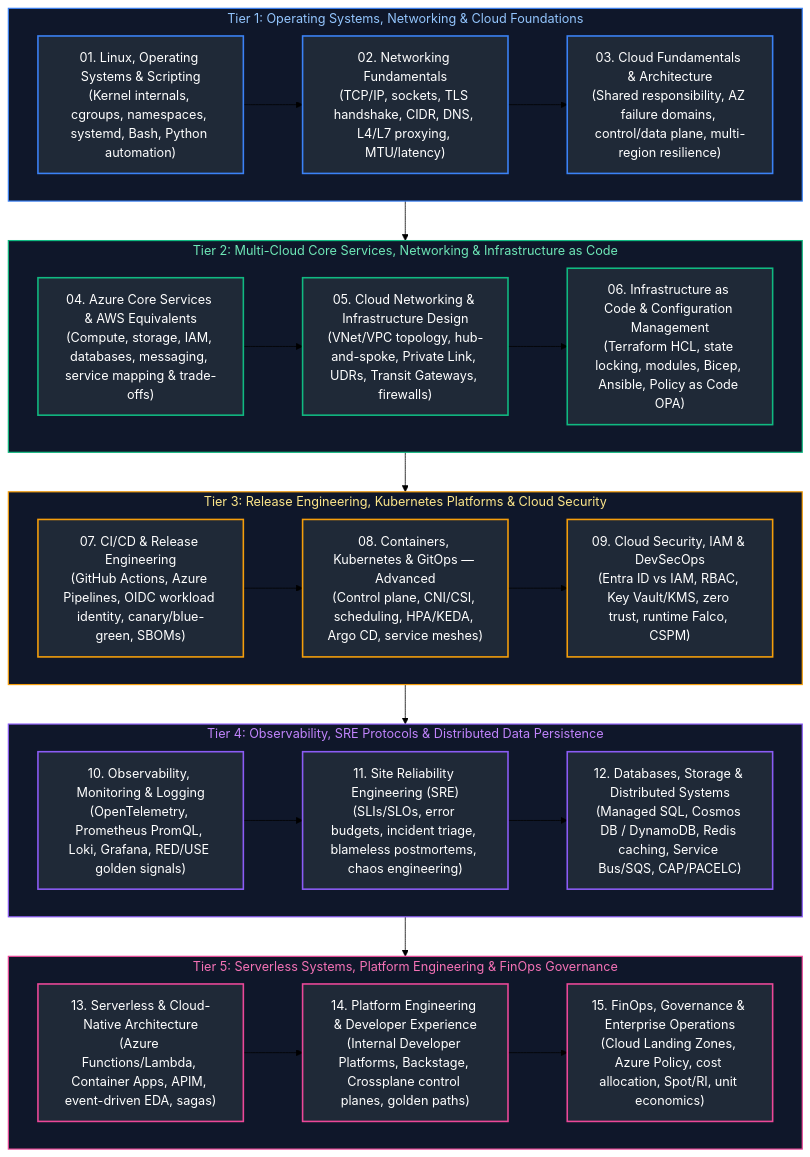
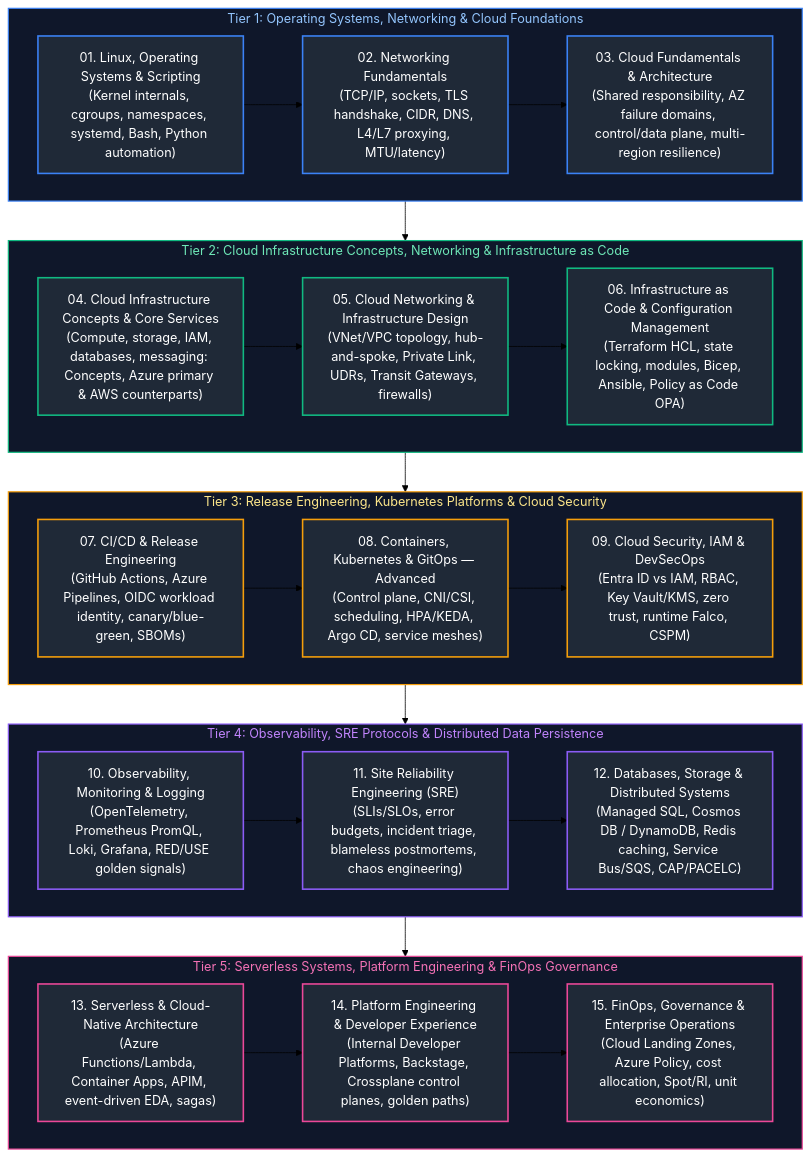
The diagram in Cloud Engineering/00_cloud_study_guide_and_index.md (joydeep-biswas/Interview-Preparation), drawn with Mermaid (forest theme) before and after one commit. The commit also changed other lines of this file and 76 other files, not shown here.

Commit message:
Updated Charts

````diff
--- a/Cloud Engineering/00_cloud_study_guide_and_index.md
+++ b/Cloud Engineering/00_cloud_study_guide_and_index.md
@@ -11,59 +11,59 @@
 ```mermaid
 flowchart TD
     subgraph Tier1 ["Tier 1: Operating Systems, Networking & Cloud Foundations"]
         M1["01. Linux, Operating Systems & Scripting<br/>(Kernel internals, cgroups, namespaces, systemd, Bash, Python automation)"]
         --> M2["02. Networking Fundamentals<br/>(TCP/IP, sockets, TLS handshake, CIDR, DNS, L4/L7 proxying, MTU/latency)"]
         --> M3["03. Cloud Fundamentals & Architecture<br/>(Shared responsibility, AZ failure domains, control/data plane, multi-region resilience)"]
     end
 
-    subgraph Tier2 ["Tier 2: Multi-Cloud Core Services, Networking & Infrastructure as Code"]
-        M4["04. Azure Core Services & AWS Equivalents<br/>(Compute, storage, IAM, databases, messaging, service mapping & trade-offs)"]
+    subgraph Tier2 ["Tier 2: Cloud Infrastructure Concepts, Networking & Infrastructure as Code"]
+        M4["04. Cloud Infrastructure Concepts & Core Services<br/>(Compute, storage, IAM, databases, messaging: Concepts, Azure primary & AWS counterparts)"]
         --> M5["05. Cloud Networking & Infrastructure Design<br/>(VNet/VPC topology, hub-and-spoke, Private Link, UDRs, Transit Gateways, firewalls)"]
         --> M6["06. Infrastructure as Code & Configuration Management<br/>(Terraform HCL, state locking, modules, Bicep, Ansible, Policy as Code OPA)"]
     end
 
     subgraph Tier3 ["Tier 3: Release Engineering, Kubernetes Platforms & Cloud Security"]
         M7["07. CI/CD & Release Engineering<br/>(GitHub Actions, Azure Pipelines, OIDC workload identity, canary/blue-green, SBOMs)"]
         --> M8["08. Containers, Kubernetes & GitOps — Advanced<br/>(Control plane, CNI/CSI, scheduling, HPA/KEDA, Argo CD, service meshes)"]
         --> M9["09. Cloud Security, IAM & DevSecOps<br/>(Entra ID vs IAM, RBAC, Key Vault/KMS, zero trust, runtime Falco, CSPM)"]
     end
 
     subgraph Tier4 ["Tier 4: Observability, SRE Protocols & Distributed Data Persistence"]
         M10["10. Observability, Monitoring & Logging<br/>(OpenTelemetry, Prometheus PromQL, Loki, Grafana, RED/USE golden signals)"]
         --> M11["11. Site Reliability Engineering (SRE)<br/>(SLIs/SLOs, error budgets, incident triage, blameless postmortems, chaos engineering)"]
         --> M12["12. Databases, Storage & Distributed Systems<br/>(Managed SQL, Cosmos DB / DynamoDB, Redis caching, Service Bus/SQS, CAP/PACELC)"]
     end
 
     subgraph Tier5 ["Tier 5: Serverless Systems, Platform Engineering & FinOps Governance"]
         M13["13. Serverless & Cloud-Native Architecture<br/>(Azure Functions/Lambda, Container Apps, APIM, event-driven EDA, sagas)"]
         --> M14["14. Platform Engineering & Developer Experience<br/>(Internal Developer Platforms, Backstage, Crossplane control planes, golden paths)"]
         --> M15["15. FinOps, Governance & Enterprise Operations<br/>(Cloud Landing Zones, Azure Policy, cost allocation, Spot/RI, unit economics)"]
     end
 
     Tier1 --> Tier2
     Tier2 --> Tier3
     Tier3 --> Tier4
     Tier4 --> Tier5
 
     style Tier1 fill:#0f172a,stroke:#3b82f6,stroke-width:1.5px,color:#93c5fd
     style Tier2 fill:#0f172a,stroke:#10b981,stroke-width:1.5px,color:#6ee7b7
     style Tier3 fill:#0f172a,stroke:#f59e0b,stroke-width:1.5px,color:#fde68a
     style Tier4 fill:#0f172a,stroke:#8b5cf6,stroke-width:1.5px,color:#c084fc
     style Tier5 fill:#0f172a,stroke:#ec4899,stroke-width:1.5px,color:#f472b6
 
     style M1 fill:#1f2937,stroke:#3b82f6,stroke-width:2px,color:#fff
     style M2 fill:#1f2937,stroke:#3b82f6,stroke-width:2px,color:#fff
     style M3 fill:#1f2937,stroke:#3b82f6,stroke-width:2px,color:#fff
     style M4 fill:#1f2937,stroke:#10b981,stroke-width:2px,color:#fff
     style M5 fill:#1f2937,stroke:#10b981,stroke-width:2px,color:#fff
     style M6 fill:#1f2937,stroke:#10b981,stroke-width:2px,color:#fff
     style M7 fill:#1f2937,stroke:#f59e0b,stroke-width:2px,color:#fff
     style M8 fill:#1f2937,stroke:#f59e0b,stroke-width:2px,color:#fff
     style M9 fill:#1f2937,stroke:#f59e0b,stroke-width:2px,color:#fff
     style M10 fill:#1f2937,stroke:#8b5cf6,stroke-width:2px,color:#fff
     style M11 fill:#1f2937,stroke:#8b5cf6,stroke-width:2px,color:#fff
     style M12 fill:#1f2937,stroke:#8b5cf6,stroke-width:2px,color:#fff
     style M13 fill:#1f2937,stroke:#ec4899,stroke-width:2px,color:#fff
     style M14 fill:#1f2937,stroke:#ec4899,stroke-width:2px,color:#fff
     style M15 fill:#1f2937,stroke:#ec4899,stroke-width:2px,color:#fff
 ```
````
